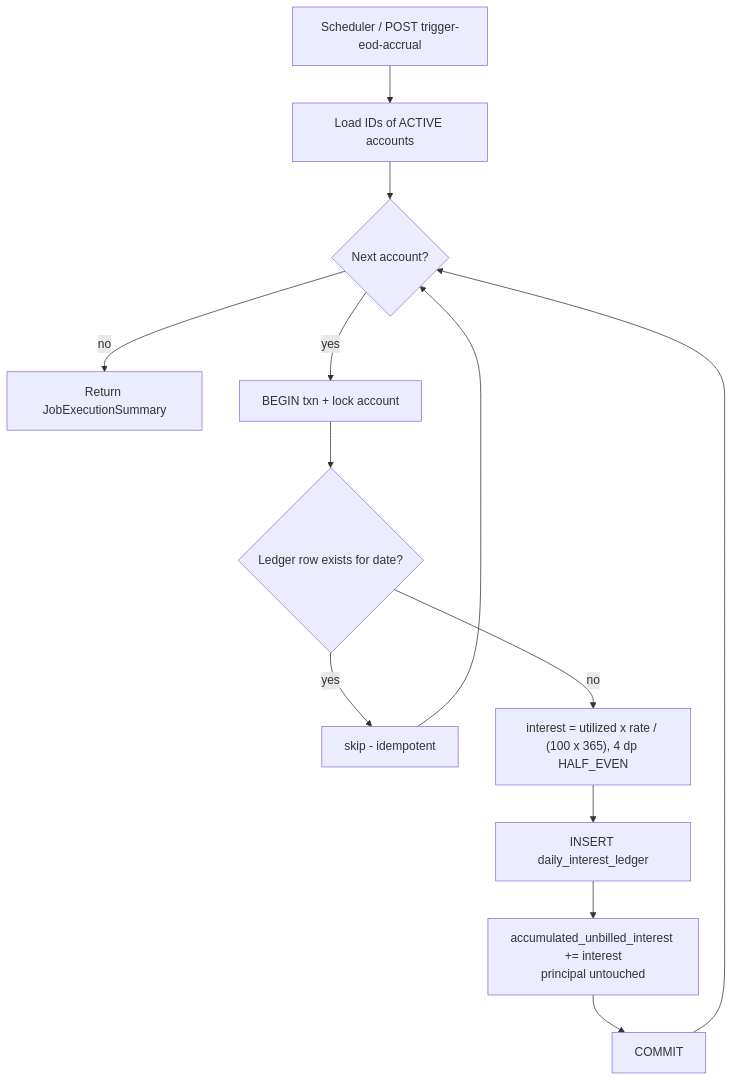
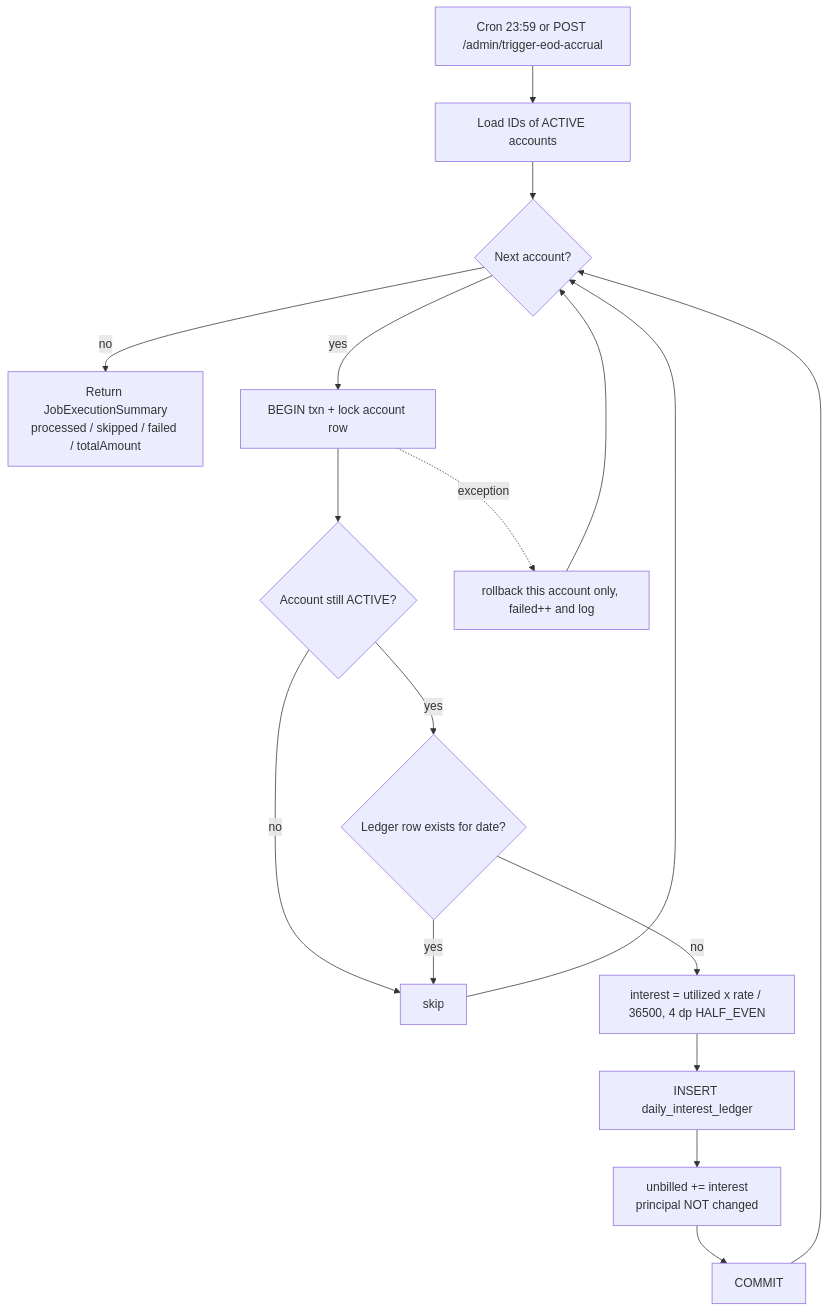
One commit to coder-stat920715/overdraft-facility-system changed the eighth of 10 diagrams in README.md. Above: the diagram before and after it, drawn with Mermaid. The commit also changed other lines of this file, not shown here.

````diff
--- a/README.md
+++ b/README.md
@@ -86,15 +352,19 @@
 ```mermaid
 flowchart TD
-    S[Scheduler / POST trigger-eod-accrual] --> L[Load IDs of ACTIVE accounts]
-    L --> N{Next account?}
-    N -- no --> R[Return JobExecutionSummary]
-    N -- yes --> T[BEGIN txn + lock account]
-    T --> U{Ledger row exists for date?}
-    U -- yes --> SK[skip - idempotent]
-    U -- no --> V["interest = utilized x rate / (100 x 365), 4 dp HALF_EVEN"]
-    V --> W[INSERT daily_interest_ledger]
-    W --> Y[accumulated_unbilled_interest += interest<br/>principal untouched]
-    Y --> Z[COMMIT]
+    S["Cron 23:59 or POST /admin/trigger-eod-accrual"] --> L["Load IDs of ACTIVE accounts"]
+    L --> N{"Next account?"}
+    N -- no --> R["Return JobExecutionSummary<br/>processed / skipped / failed / totalAmount"]
+    N -- yes --> T["BEGIN txn + lock account row"]
+    T --> A{"Account still ACTIVE?"}
+    A -- no --> SK["skip"]
+    A -- yes --> U{"Ledger row exists for date?"}
+    U -- yes --> SK
+    U -- no --> V["interest = utilized x rate / 36500, 4 dp HALF_EVEN"]
+    V --> W["INSERT daily_interest_ledger"]
+    W --> Y["unbilled += interest<br/>principal NOT changed"]
+    Y --> Z["COMMIT"]
     SK --> N
     Z --> N
+    T -. exception .-> F["rollback this account only, failed++ and log"]
+    F --> N
 ```
````
